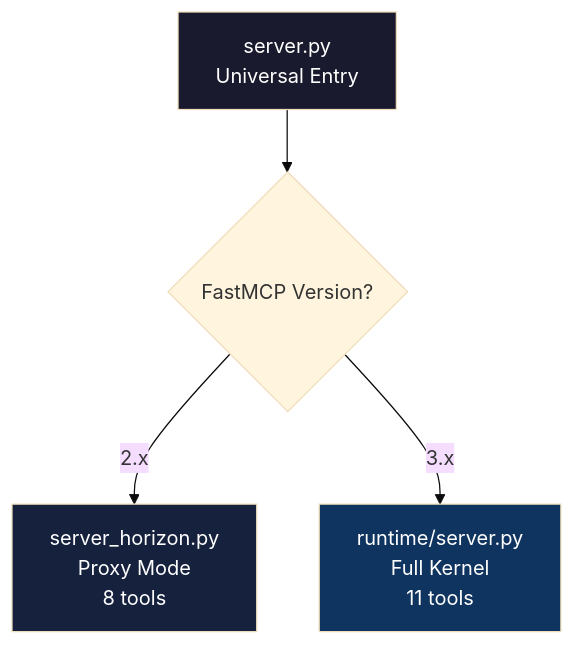
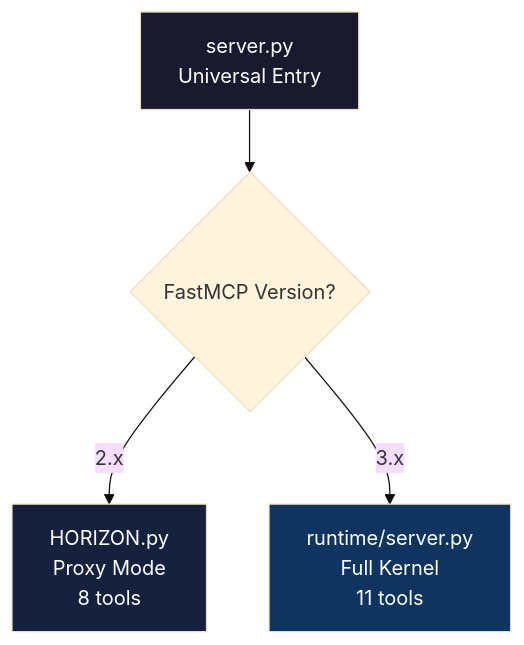
One commit to ariffazil/arifos changed the second of 6 diagrams in arifos_mcp/README.md. Above: the diagram before and after it, drawn with Mermaid (base theme). The commit also changed other lines of this file and 334 other files, not shown here.

````diff
--- a/arifos_mcp/README.md
+++ b/arifos_mcp/README.md
@@ -76,10 +76,10 @@
 ```mermaid
 graph TB
     A["server.py<br/>Universal Entry"] --> B{"FastMCP Version?"}
-    B -->|"2.x"| C["server_horizon.py<br/>Proxy Mode<br/>8 tools"]
+    B -->|"2.x"| C["HORIZON.py<br/>Proxy Mode<br/>8 tools"]
     B -->|"3.x"| D["runtime/server.py<br/>Full Kernel<br/>11 tools"]
     
     style A fill:#1a1a2e,color:#fff
     style C fill:#16213e,color:#fff
     style D fill:#0f3460,color:#fff
 ```
````
